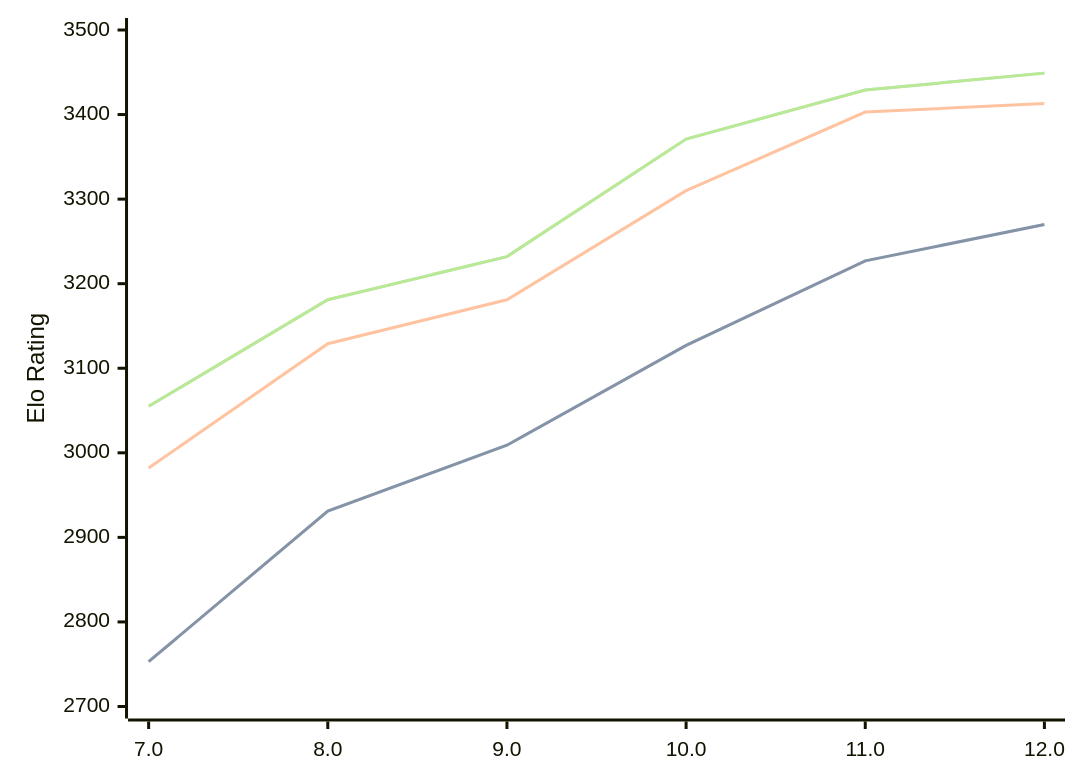
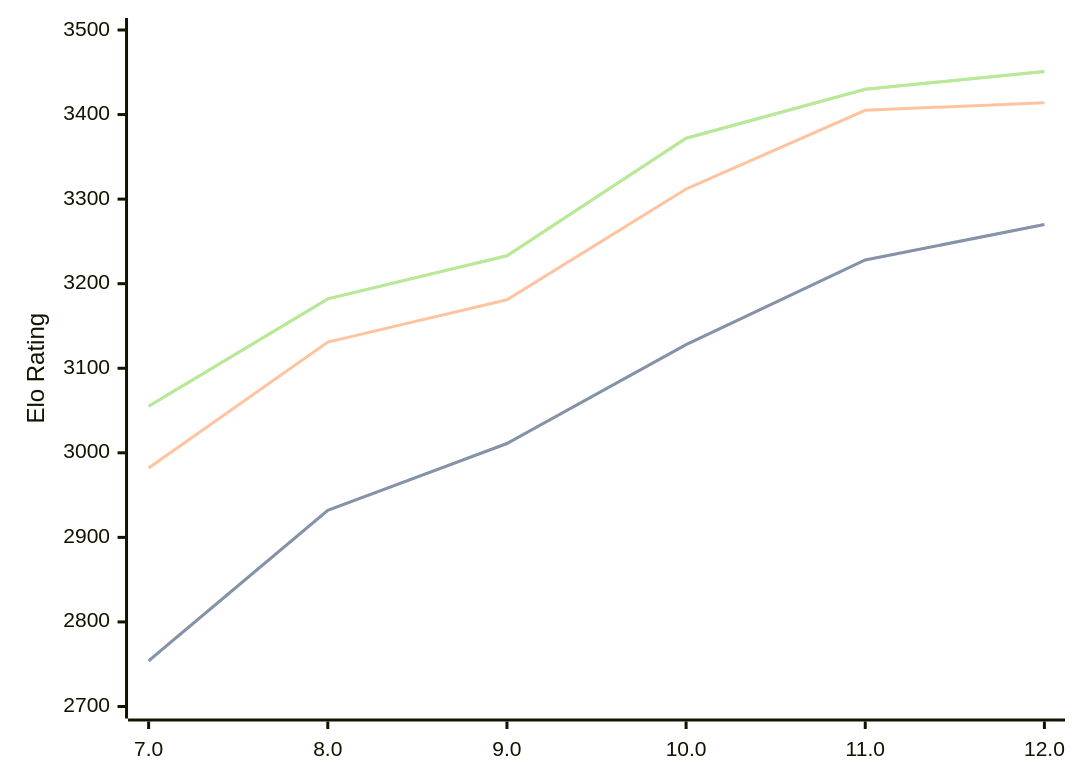
One commit to computer-chess-index/cci changed the third of 3 diagrams in engines/Tcheran.md. Above: the diagram before and after it, drawn with Mermaid. The commit also changed other lines of this file, not shown here.

Commit message:
Update CCI Ratings (ELO VLTC) - 2026-06-30

````diff
--- a/engines/Tcheran.md
+++ b/engines/Tcheran.md
@@ -83,11 +83,11 @@
 ```mermaid
 %%{init: {"theme":"base","themeVariables":{"seriesColors:['#a3a3a3','#222221','#faa371']}}}%%
 xychart-beta
   x-axis ["7.0", "8.0", "9.0", "10.0", "11.0", "12.0"]
   y-axis "Elo Rating" 2700 --> 3500
-  line "STC (8.0+0.08s)" [2753, 2931, 3009, 3127, 3227, 3270]
-  line "STC (8.0+0.08s)" [2753, 2931, 3009, 3127, 3227, 3270]
-  line "LTC (60.0+0.60s)" [2982, 3129, 3181, 3310, 3403, 3413]
-  line "VLTC (2m24s+1.12s)" [3055, 3181, 3232, 3371, 3429, 3449]
-  line "VLTC (2m24s+1.12s)" [3055, 3181, 3232, 3371, 3429, 3449]
+  line "STC (8.0+0.08s)" [2754, 2932, 3011, 3128, 3228, 3270]
+  line "STC (8.0+0.08s)" [2754, 2932, 3011, 3128, 3228, 3270]
+  line "LTC (60.0+0.60s)" [2982, 3131, 3181, 3312, 3405, 3414]
+  line "VLTC (2m24s+1.12s)" [3055, 3182, 3233, 3372, 3430, 3451]
+  line "VLTC (2m24s+1.12s)" [3055, 3182, 3233, 3372, 3430, 3451]
 ```
````
